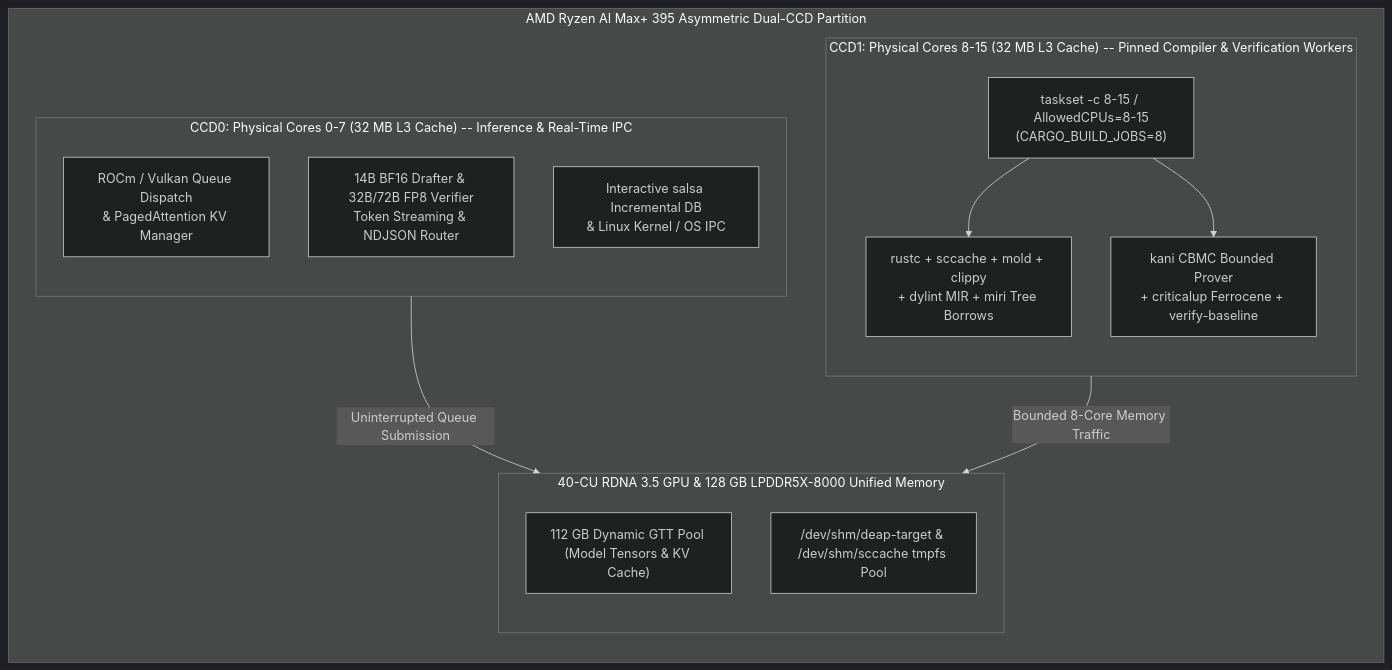
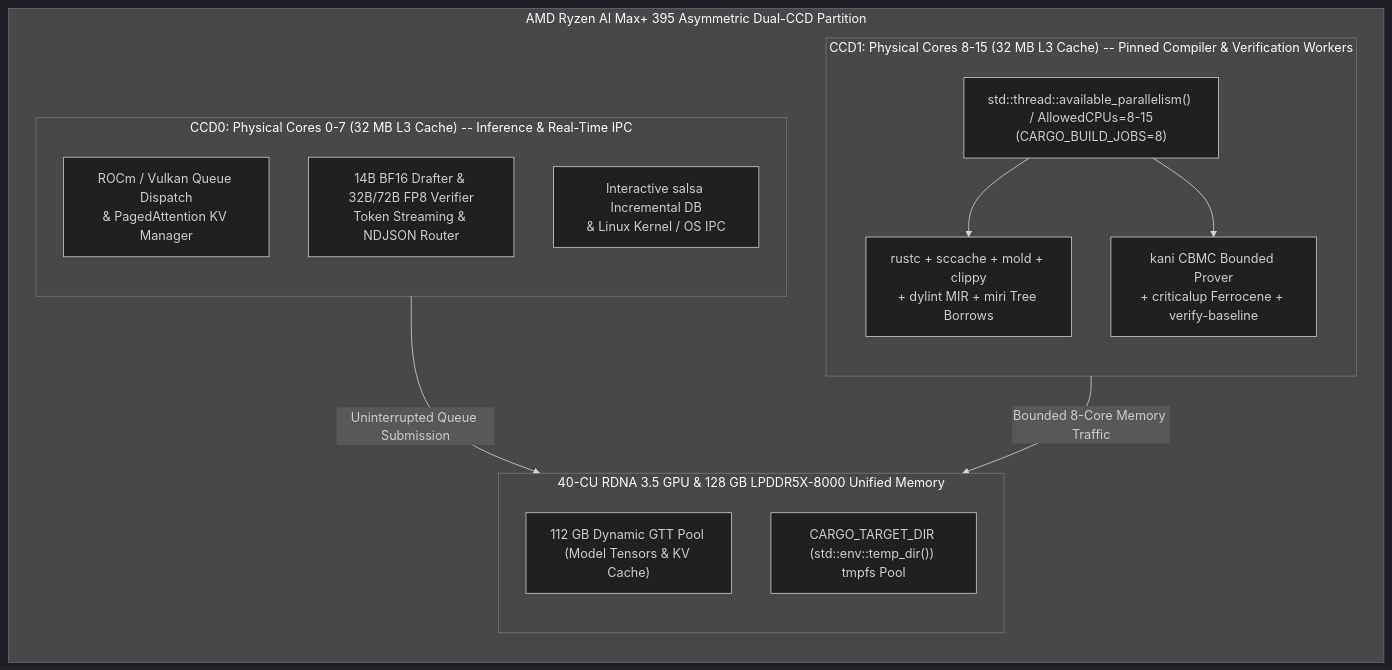
One commit to gintatkinson/DEAP01-spec-core changed the third of 3 diagrams in docs/architecture/blueprints/DEAP_STRIX_HALO_COMPILER_NATIVE_VERIFICATION_ARCHITECTURE.md. Above: the diagram before and after it, drawn with Mermaid (dark theme). The commit also changed other lines of this file and 13 other files, not shown here.

Commit message:
docs(architecture,standards): unify coding standards and architecture blueprints onto official compiler crates

````diff
--- a/docs/architecture/blueprints/DEAP_STRIX_HALO_COMPILER_NATIVE_VERIFICATION_ARCHITECTURE.md
+++ b/docs/architecture/blueprints/DEAP_STRIX_HALO_COMPILER_NATIVE_VERIFICATION_ARCHITECTURE.md
@@ -324,30 +324,30 @@
 ```mermaid
 flowchart TD
     subgraph StrixHalo_Topology["AMD Ryzen AI Max+ 395 Asymmetric Dual-CCD Partition"]
         direction TB
         subgraph CCD0["CCD0: Physical Cores 0-7 (32 MB L3 Cache) -- Inference & Real-Time IPC"]
             direction TB
             GPU_Dispatch["ROCm / Vulkan Queue Dispatch<br/>& PagedAttention KV Manager"]
             Token_Stream["14B BF16 Drafter & 32B/72B FP8 Verifier<br/>Token Streaming & NDJSON Router"]
             Salsa_Host["Interactive salsa Incremental DB<br/>& Linux Kernel / OS IPC"]
         end
 
         subgraph CCD1["CCD1: Physical Cores 8-15 (32 MB L3 Cache) -- Pinned Compiler & Verification Workers"]
             direction TB
-            Taskset["taskset -c 8-15 / AllowedCPUs=8-15<br/>(CARGO_BUILD_JOBS=8)"]
+            Parallelism["std::thread::available_parallelism() / AllowedCPUs=8-15<br/>(CARGO_BUILD_JOBS=8)"]
             Stage123["rustc + sccache + mold + clippy<br/>+ dylint MIR + miri Tree Borrows"]
             Stage45["kani CBMC Bounded Prover<br/>+ criticalup Ferrocene + verify-baseline"]
-            Taskset --> Stage123
-            Taskset --> Stage45
+            Parallelism --> Stage123
+            Parallelism --> Stage45
         end
 
         subgraph RDNA35_UMA["40-CU RDNA 3.5 GPU & 128 GB LPDDR5X-8000 Unified Memory"]
             direction TB
             GTT_Pool["112 GB Dynamic GTT Pool (Model Tensors & KV Cache)"]
-            Tmpfs_Pool["/dev/shm/deap-target & /dev/shm/sccache tmpfs Pool"]
+            Tmpfs_Pool["CARGO_TARGET_DIR (std::env::temp_dir()) tmpfs Pool"]
         end
     end
 
     CCD0 -->|"Uninterrupted Queue Submission"| RDNA35_UMA
     CCD1 -->|"Bounded 8-Core Memory Traffic"| Tmpfs_Pool
 ```
````
